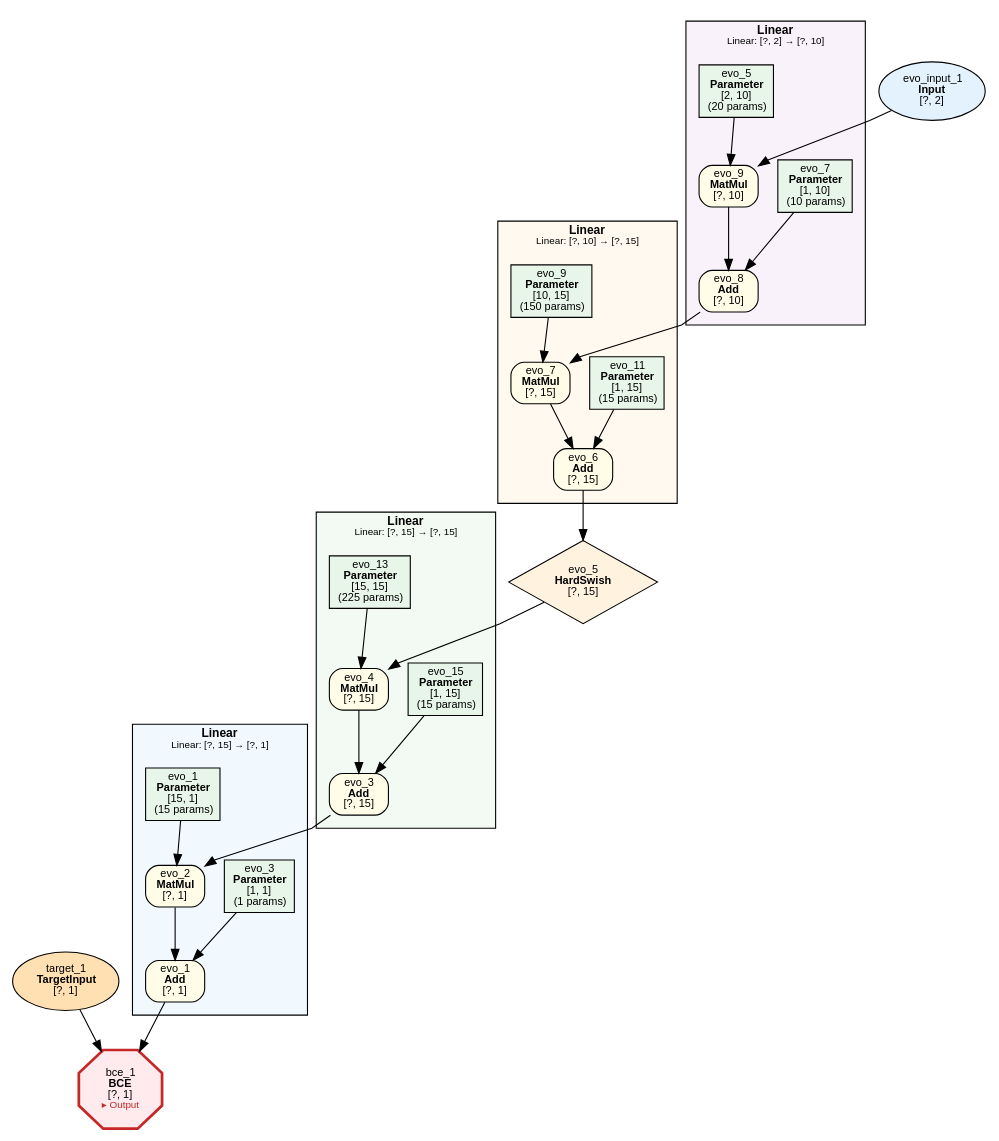
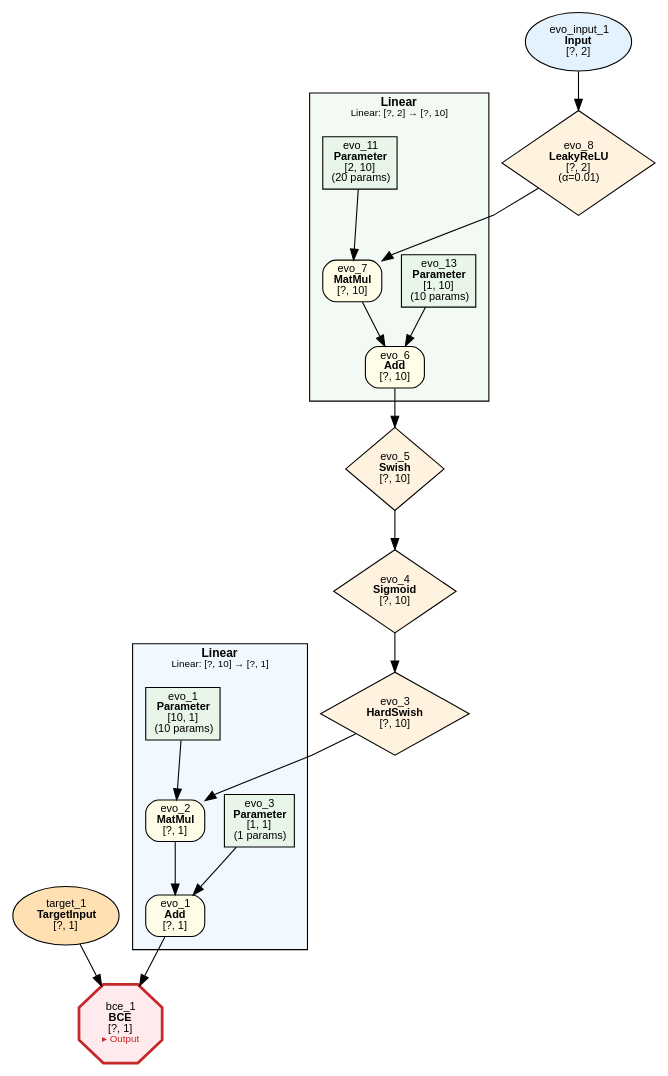
Before and after one commit to dbsxdbsx/only_torch: the diagram in examples/evolution/xor/evolution_xor.dot, drawn with Graphviz. The commit also changed 21 other files, not shown here.

```diff
--- a/examples/evolution/xor/evolution_xor.dot
+++ b/examples/evolution/xor/evolution_xor.dot
@@ -1,84 +1,56 @@
 digraph ComputeGraph {
     rankdir=TB;
     newrank=true;
     splines=polyline;
     node [fontname="Microsoft YaHei,SimHei,Arial"];
     edge [fontname="Microsoft YaHei,SimHei,Arial"];
 
     subgraph cluster_group_linear_0 {
-        label=<<B>Linear</B><BR/><FONT POINT-SIZE="9">Linear: [?, 15] → [?, 1]</FONT>>;
+        label=<<B>Linear</B><BR/><FONT POINT-SIZE="9">Linear: [?, 10] → [?, 1]</FONT>>;
         style=filled;
         fillcolor="#E3F2FD80";
         fontname="Microsoft YaHei,SimHei,Arial";
         fontsize=11;
         margin=12;
             "2" [label=<evo_1<BR/><B>Add</B><BR/>[?, 1]> shape=box style="filled,rounded" fillcolor="#FFFDE7" fontsize=10];
             "4" [label=<evo_2<BR/><B>MatMul</B><BR/>[?, 1]> shape=box style="filled,rounded" fillcolor="#FFFDE7" fontsize=10];
             "5" [label=<evo_3<BR/><B>Parameter</B><BR/>[1, 1]<BR/>(1 params)> shape=box style=filled fillcolor="#E8F5E9" fontsize=10];
-            "7" [label=<evo_1<BR/><B>Parameter</B><BR/>[15, 1]<BR/>(15 params)> shape=box style=filled fillcolor="#E8F5E9" fontsize=10];
+            "7" [label=<evo_1<BR/><B>Parameter</B><BR/>[10, 1]<BR/>(10 params)> shape=box style=filled fillcolor="#E8F5E9" fontsize=10];
     }
 
-    subgraph cluster_group_linear_3 {
-        label=<<B>Linear</B><BR/><FONT POINT-SIZE="9">Linear: [?, 15] → [?, 15]</FONT>>;
+    subgraph cluster_group_linear_1 {
+        label=<<B>Linear</B><BR/><FONT POINT-SIZE="9">Linear: [?, 2] → [?, 10]</FONT>>;
         style=filled;
         fillcolor="#E8F5E980";
         fontname="Microsoft YaHei,SimHei,Arial";
         fontsize=11;
         margin=12;
-            "6" [label=<evo_3<BR/><B>Add</B><BR/>[?, 15]> shape=box style="filled,rounded" fillcolor="#FFFDE7" fontsize=10];
-            "8" [label=<evo_4<BR/><B>MatMul</B><BR/>[?, 15]> shape=box style="filled,rounded" fillcolor="#FFFDE7" fontsize=10];
-            "9" [label=<evo_15<BR/><B>Parameter</B><BR/>[1, 15]<BR/>(15 params)> shape=box style=filled fillcolor="#E8F5E9" fontsize=10];
-            "11" [label=<evo_13<BR/><B>Parameter</B><BR/>[15, 15]<BR/>(225 params)> shape=box style=filled fillcolor="#E8F5E9" fontsize=10];
-    }
-
-    subgraph cluster_group_linear_2 {
-        label=<<B>Linear</B><BR/><FONT POINT-SIZE="9">Linear: [?, 10] → [?, 15]</FONT>>;
-        style=filled;
-        fillcolor="#FFF3E080";
-        fontname="Microsoft YaHei,SimHei,Arial";
-        fontsize=11;
-        margin=12;
-            "12" [label=<evo_6<BR/><B>Add</B><BR/>[?, 15]> shape=box style="filled,rounded" fillcolor="#FFFDE7" fontsize=10];
-            "13" [label=<evo_7<BR/><B>MatMul</B><BR/>[?, 15]> shape=box style="filled,rounded" fillcolor="#FFFDE7" fontsize=10];
-            "14" [label=<evo_11<BR/><B>Parameter</B><BR/>[1, 15]<BR/>(15 params)> shape=box style=filled fillcolor="#E8F5E9" fontsize=10];
-            "16" [label=<evo_9<BR/><B>Parameter</B><BR/>[10, 15]<BR/>(150 params)> shape=box style=filled fillcolor="#E8F5E9" fontsize=10];
-    }
-
-    subgraph cluster_group_linear_1 {
-        label=<<B>Linear</B><BR/><FONT POINT-SIZE="9">Linear: [?, 2] → [?, 10]</FONT>>;
-        style=filled;
-        fillcolor="#F3E5F580";
-        fontname="Microsoft YaHei,SimHei,Arial";
-        fontsize=11;
-        margin=12;
-            "15" [label=<evo_8<BR/><B>Add</B><BR/>[?, 10]> shape=box style="filled,rounded" fillcolor="#FFFDE7" fontsize=10];
-            "17" [label=<evo_9<BR/><B>MatMul</B><BR/>[?, 10]> shape=box style="filled,rounded" fillcolor="#FFFDE7" fontsize=10];
-            "18" [label=<evo_7<BR/><B>Parameter</B><BR/>[1, 10]<BR/>(10 params)> shape=box style=filled fillcolor="#E8F5E9" fontsize=10];
-            "20" [label=<evo_5<BR/><B>Parameter</B><BR/>[2, 10]<BR/>(20 params)> shape=box style=filled fillcolor="#E8F5E9" fontsize=10];
+            "10" [label=<evo_6<BR/><B>Add</B><BR/>[?, 10]> shape=box style="filled,rounded" fillcolor="#FFFDE7" fontsize=10];
+            "11" [label=<evo_7<BR/><B>MatMul</B><BR/>[?, 10]> shape=box style="filled,rounded" fillcolor="#FFFDE7" fontsize=10];
+            "12" [label=<evo_13<BR/><B>Parameter</B><BR/>[1, 10]<BR/>(10 params)> shape=box style=filled fillcolor="#E8F5E9" fontsize=10];
+            "14" [label=<evo_11<BR/><B>Parameter</B><BR/>[2, 10]<BR/>(20 params)> shape=box style=filled fillcolor="#E8F5E9" fontsize=10];
     }
 
     "1" [label=<bce_1<BR/><B>BCE</B><BR/>[?, 1]<BR/><FONT COLOR="#C62828" POINT-SIZE="9">▸ Output</FONT>> shape=octagon style=filled fillcolor="#FFEBEE" fontsize=10 penwidth=2.5 color="#C62828"];
     "3" [label=<target_1<BR/><B>TargetInput</B><BR/>[?, 1]> shape=ellipse style=filled fillcolor="#FFE0B2" fontsize=10];
-    "10" [label=<evo_5<BR/><B>HardSwish</B><BR/>[?, 15]> shape=diamond style=filled fillcolor="#FFF3E0" fontsize=10];
-    "19" [label=<evo_input_1<BR/><B>Input</B><BR/>[?, 2]> shape=ellipse style=filled fillcolor="#E3F2FD" fontsize=10];
+    "6" [label=<evo_3<BR/><B>HardSwish</B><BR/>[?, 10]> shape=diamond style=filled fillcolor="#FFF3E0" fontsize=10];
+    "8" [label=<evo_4<BR/><B>Sigmoid</B><BR/>[?, 10]> shape=diamond style=filled fillcolor="#FFF3E0" fontsize=10];
+    "9" [label=<evo_5<BR/><B>Swish</B><BR/>[?, 10]> shape=diamond style=filled fillcolor="#FFF3E0" fontsize=10];
+    "13" [label=<evo_8<BR/><B>LeakyReLU</B><BR/>[?, 2]<BR/>(α=0.01)> shape=diamond style=filled fillcolor="#FFF3E0" fontsize=10];
+    "15" [label=<evo_input_1<BR/><B>Input</B><BR/>[?, 2]> shape=ellipse style=filled fillcolor="#E3F2FD" fontsize=10];
 
     "2" -> "1";
     "3" -> "1";
     "4" -> "2";
     "5" -> "2";
     "6" -> "4";
     "7" -> "4";
     "8" -> "6";
-    "9" -> "6";
-    "10" -> "8";
-    "11" -> "8";
+    "9" -> "8";
+    "10" -> "9";
+    "11" -> "10";
     "12" -> "10";
-    "13" -> "12";
-    "14" -> "12";
+    "13" -> "11";
+    "14" -> "11";
     "15" -> "13";
-    "16" -> "13";
-    "17" -> "15";
-    "18" -> "15";
-    "19" -> "17";
-    "20" -> "17";
 }
```
